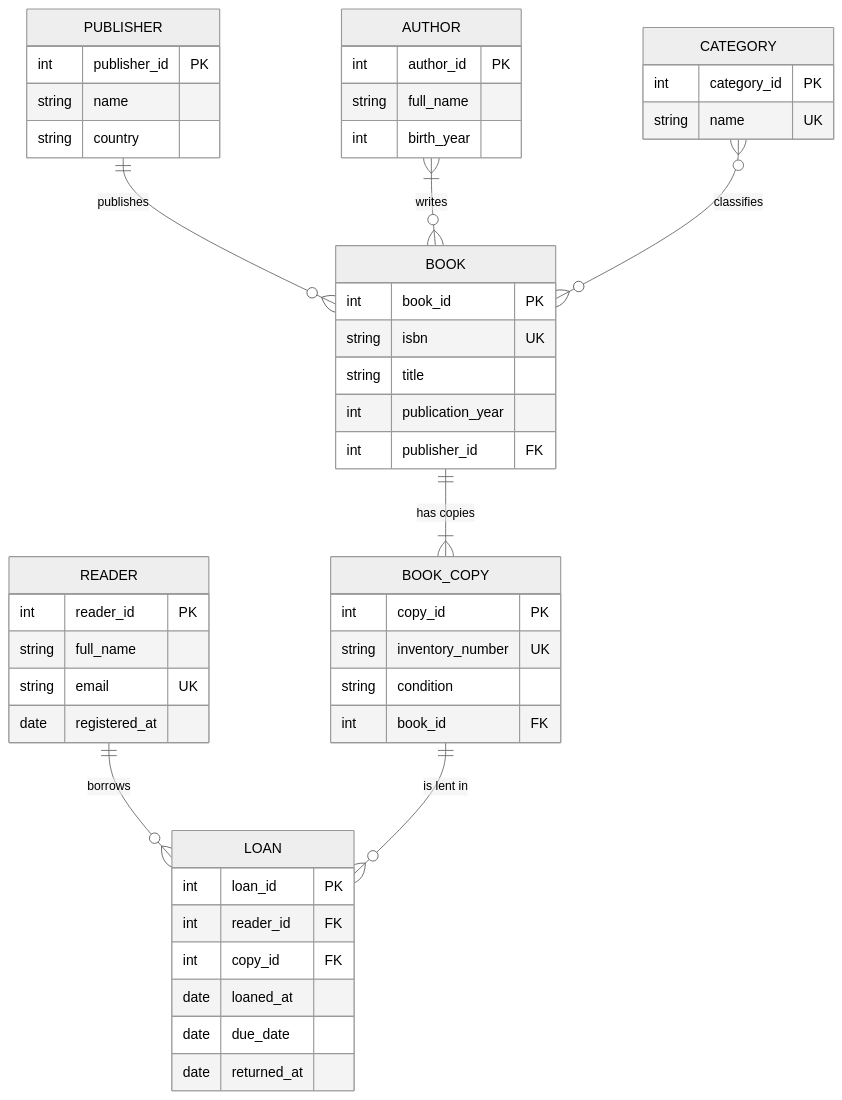
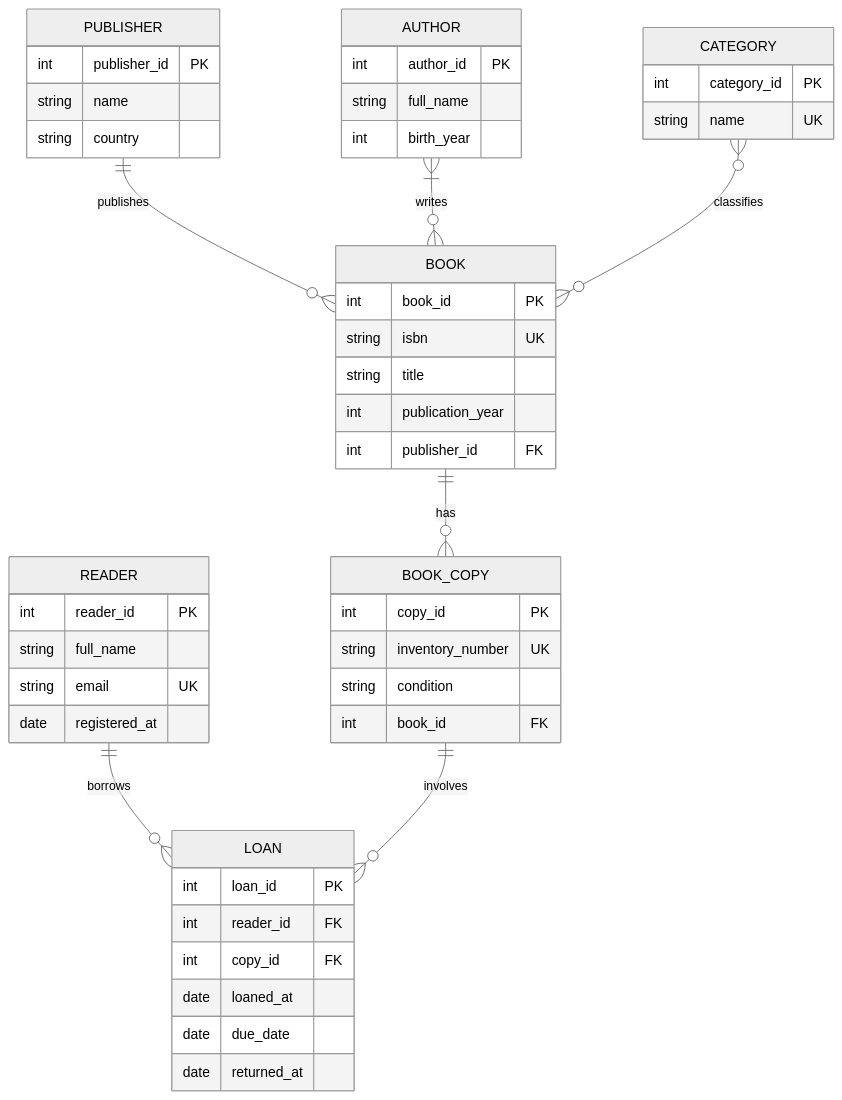
One commit to aooxd/KPIlab_1 changed the diagram in model.mmd. Above: the diagram before and after it, drawn with Mermaid (neutral theme). The commit also changed 5 other files, not shown here.

Commit message:
spec: R4 — a book can have 0 copies (AC-7); model regenerated

```diff
--- a/model.mmd
+++ b/model.mmd
@@ -1,49 +1,55 @@
 erDiagram
-    PUBLISHER ||--o{ BOOK : publishes
-    AUTHOR }|--o{ BOOK : writes
-    CATEGORY }o--o{ BOOK : classifies
-    BOOK ||--|{ BOOK_COPY : "has copies"
-    READER ||--o{ LOAN : borrows
-    BOOK_COPY ||--o{ LOAN : "is lent in"
-
     AUTHOR {
         int author_id PK
         string full_name
         int birth_year
     }
+
     PUBLISHER {
         int publisher_id PK
         string name
         string country
     }
+
     CATEGORY {
         int category_id PK
         string name UK
     }
+
     BOOK {
         int book_id PK
         string isbn UK
         string title
         int publication_year
         int publisher_id FK
     }
+
     BOOK_COPY {
         int copy_id PK
         string inventory_number UK
         string condition
         int book_id FK
     }
+
     READER {
         int reader_id PK
         string full_name
         string email UK
         date registered_at
     }
+
     LOAN {
         int loan_id PK
         int reader_id FK
         int copy_id FK
         date loaned_at
         date due_date
         date returned_at
     }
+
+    PUBLISHER ||--o{ BOOK : publishes
+    AUTHOR }|--o{ BOOK : writes
+    CATEGORY }o--o{ BOOK : classifies
+    BOOK ||--o{ BOOK_COPY : has
+    READER ||--o{ LOAN : borrows
+    BOOK_COPY ||--o{ LOAN : involves
```
